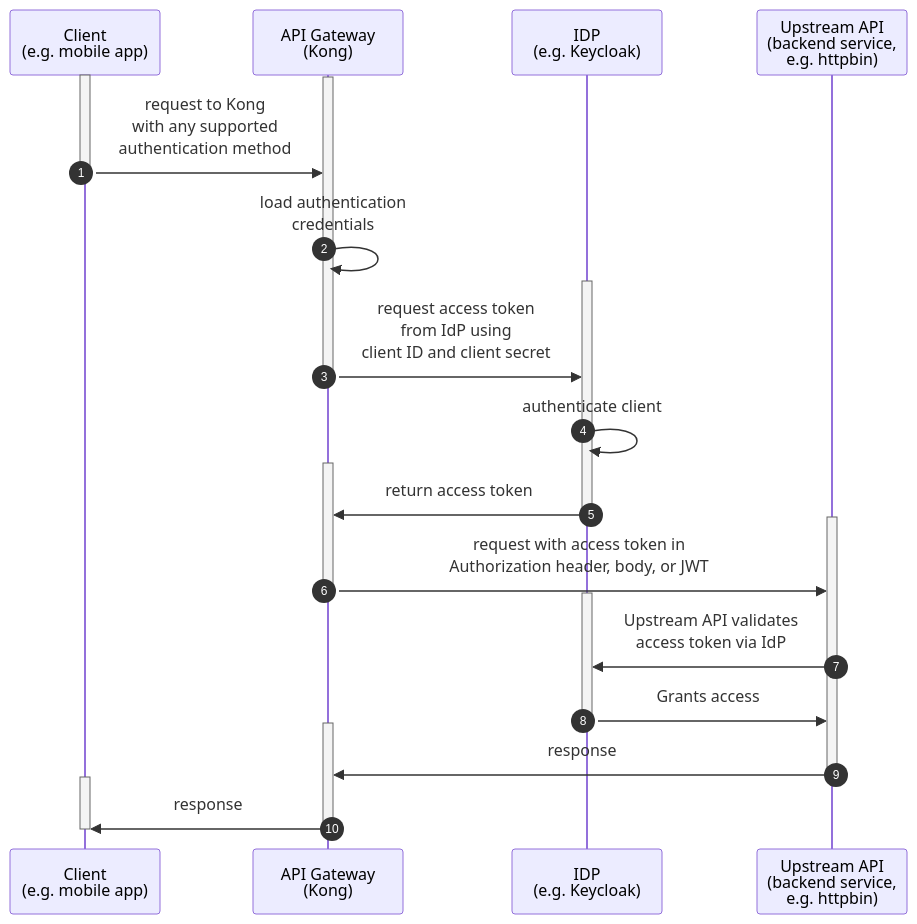
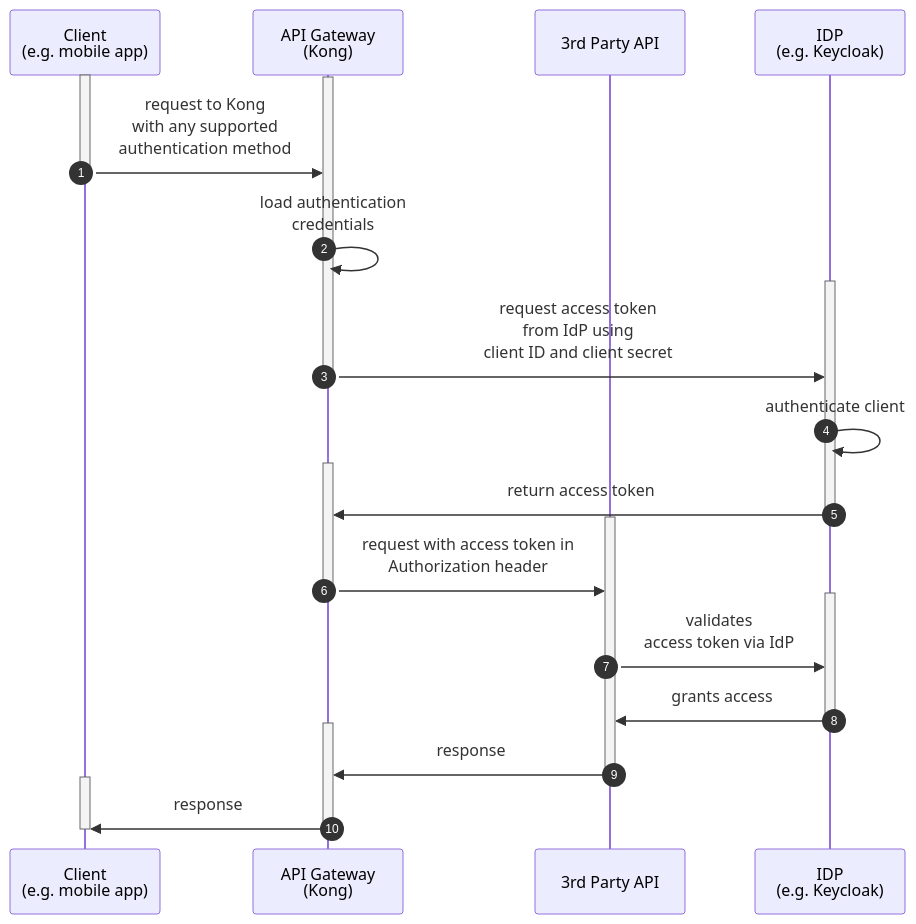
The diagram in app/_hub/kong-inc/upstream-oauth/overview/_index.md (Kong/docs.konghq.com), drawn with Mermaid before and after one commit.

Commit message:
adjust diagram somewhat

```diff
--- a/app/_hub/kong-inc/upstream-oauth/overview/_index.md
+++ b/app/_hub/kong-inc/upstream-oauth/overview/_index.md
@@ -16,34 +16,34 @@
 {% mermaid %}
 sequenceDiagram
     autonumber
     participant client as Client <br>(e.g. mobile app)
     participant kong as API Gateway <br>(Kong)
+    participant api as 3rd Party API
     participant idp as IDP <br>(e.g. Keycloak)
-    participant httpbin as Upstream API <br>(backend service,<br> e.g. httpbin)
     activate client
     activate kong
     client->>kong: request to Kong<br>with any supported<br> authentication method
     deactivate client
     kong->>kong: load authentication<br> credentials
     activate idp
     kong->>idp: request access token <br>from IdP using <br>client ID and client secret
     deactivate kong
     idp->>idp: authenticate client
     activate kong
     idp->>kong: return access token
     deactivate idp
-    activate httpbin
-    kong->>httpbin: request with access token in <br>Authorization header, body, or JWT
+    activate api
+    kong->>api: request with access token in <br>Authorization header
     deactivate kong
     activate idp
-    httpbin->>idp: Upstream API validates <br> access token via IdP
-    idp->>httpbin: Grants access
+    api->>idp: validates <br> access token via IdP
+    idp->>api: grants access
     deactivate idp
     activate kong
-    httpbin->>kong: response
-    deactivate httpbin
+    api->>kong: response
+    deactivate api
     activate client
     kong->>client: response
     deactivate client
     deactivate kong
 {% endmermaid %}
```
